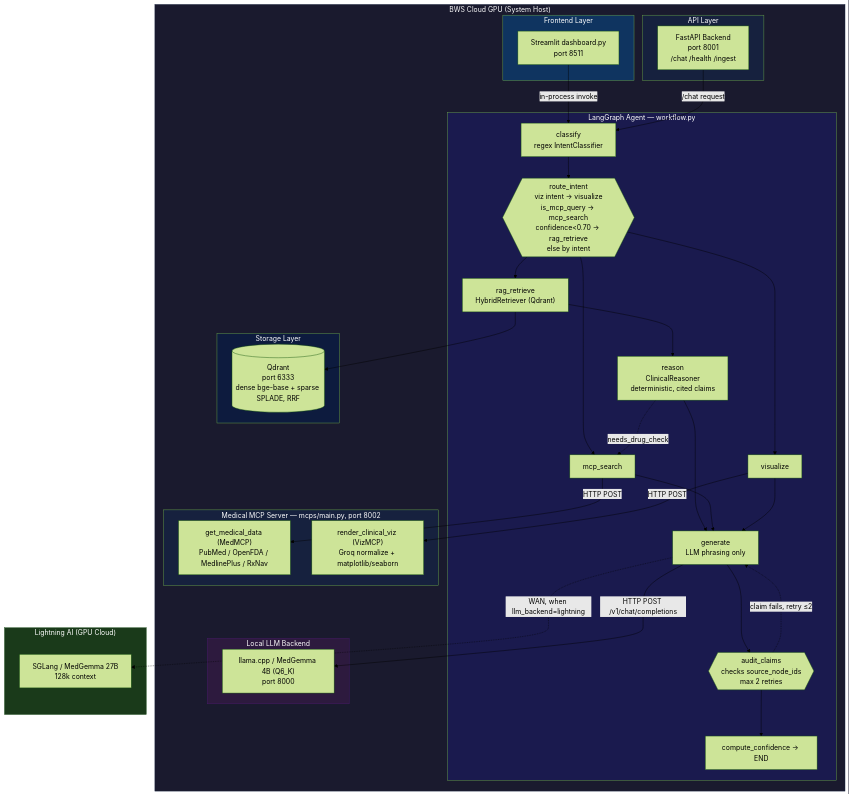
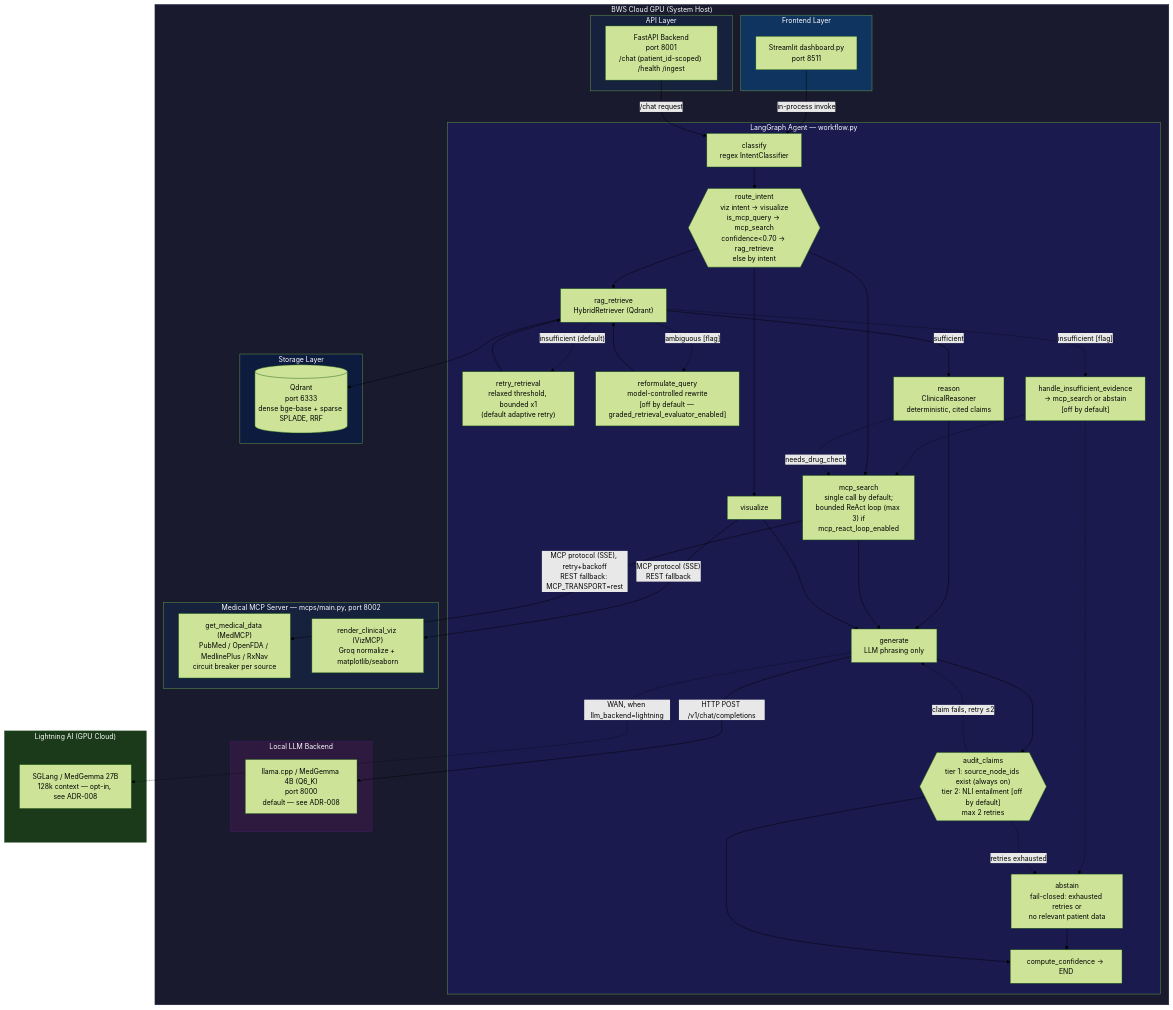
Before and after one commit to Belal0066/CFI-Care: the third of 4 diagrams in ai/README.md, drawn with Mermaid (forest theme). The commit also changed other lines of this file, not shown here.

Commit message:
Bring the front-door README diagrams up to date with this session's redesign
Both Clinical AI System and DOC2FHIR diagrams in ai/README.md still showed
pre-redesign behavior: generic HTTP POST edges into MCP instead of the real
protocol client, no retry/reformulate/abstain nodes, and no bbox-grounding
note on the mapper stage. Updated node/edge labels and the surrounding prose
to match ADR-009 through ADR-015, and fixed two now-false "known gaps"
claims (patient_id threading, MCP retry) that this session's work resolved.

````diff
--- a/ai/README.md
+++ b/ai/README.md
@@ -124,68 +124,79 @@
 ```mermaid
 graph TB
     subgraph BWS["BWS Cloud GPU (System Host)"]
         style BWS fill:#1a1a2e,color:#fff,stroke:#16213e
 
         subgraph UI["Frontend Layer"]
             style UI fill:#0f3460,color:#fff
             DASH["Streamlit dashboard.py<br/>port 8511"]
         end
 
         subgraph API["API Layer"]
             style API fill:#16213e,color:#fff
-            FB["FastAPI Backend<br/>port 8001<br/>/chat /health /ingest"]
+            FB["FastAPI Backend<br/>port 8001<br/>/chat (patient_id-scoped) /health /ingest"]
         end
 
         subgraph Agent["LangGraph Agent — workflow.py"]
             style Agent fill:#1a1a4e,color:#fff
             CLASSIFY["classify<br/>regex IntentClassifier"]
             ROUTE{{"route_intent<br/>viz intent → visualize<br/>is_mcp_query → mcp_search<br/>confidence&lt;0.70 → rag_retrieve<br/>else by intent"}}
             RAG["rag_retrieve<br/>HybridRetriever (Qdrant)"]
+            RETRY["retry_retrieval<br/>relaxed threshold, bounded x1<br/>(default adaptive retry)"]
+            REFORM["reformulate_query<br/>model-controlled rewrite<br/>[off by default — graded_retrieval_evaluator_enabled]"]
+            INSUFF["handle_insufficient_evidence<br/>→ mcp_search or abstain<br/>[off by default]"]
             REASON["reason<br/>ClinicalReasoner<br/>deterministic, cited claims"]
-            MCPCALL["mcp_search"]
+            MCPCALL["mcp_search<br/>single call by default;<br/>bounded ReAct loop (max 3) if<br/>mcp_react_loop_enabled"]
             VIZ["visualize"]
             GEN["generate<br/>LLM phrasing only"]
-            AUDIT{{"audit_claims<br/>checks source_node_ids<br/>max 2 retries"}}
+            AUDIT{{"audit_claims<br/>tier 1: source_node_ids exist (always on)<br/>tier 2: NLI entailment [off by default]<br/>max 2 retries"}}
+            ABSTAIN["abstain<br/>fail-closed: exhausted retries or<br/>no relevant patient data"]
             CONF["compute_confidence → END"]
 
             CLASSIFY --> ROUTE
-            ROUTE --> RAG --> REASON --> GEN
+            ROUTE --> RAG
+            RAG -->|"sufficient"| REASON
+            RAG -.->|"insufficient (default)"| RETRY --> RAG
+            RAG -.->|"ambiguous [flag]"| REFORM --> RAG
+            RAG -.->|"insufficient [flag]"| INSUFF -.-> MCPCALL
+            INSUFF -.-> ABSTAIN
+            REASON --> GEN
             ROUTE --> MCPCALL --> GEN
             ROUTE --> VIZ --> GEN
             REASON -.->|"needs_drug_check"| MCPCALL
             GEN --> AUDIT
             AUDIT -.->|"claim fails, retry ≤2"| GEN
+            AUDIT -.->|"retries exhausted"| ABSTAIN --> CONF
             AUDIT --> CONF
         end
 
         subgraph Storage["Storage Layer"]
             style Storage fill:#0d1b3e,color:#fff
             QD[("Qdrant<br/>port 6333<br/>dense bge-base + sparse SPLADE, RRF")]
         end
 
         subgraph MCPServer["Medical MCP Server — mcps/main.py, port 8002"]
             style MCPServer fill:#16213e,color:#fff
-            MEDMCP["get_medical_data (MedMCP)<br/>PubMed / OpenFDA / MedlinePlus / RxNav"]
+            MEDMCP["get_medical_data (MedMCP)<br/>PubMed / OpenFDA / MedlinePlus / RxNav<br/>circuit breaker per source"]
             VIZMCP["render_clinical_viz (VizMCP)<br/>Groq normalize + matplotlib/seaborn"]
         end
 
         subgraph LocalLLM["Local LLM Backend"]
             style LocalLLM fill:#2d1a3e,color:#fff,stroke:#4a1a6e
-            LOC["llama.cpp / MedGemma 4B (Q6_K)<br/>port 8000"]
+            LOC["llama.cpp / MedGemma 4B (Q6_K)<br/>port 8000<br/>default — see ADR-008"]
         end
 
         DASH -->|"in-process invoke"| CLASSIFY
         FB -->|"/chat request"| CLASSIFY
         RAG --> QD
-        MCPCALL -->|"HTTP POST"| MEDMCP
-        VIZ -->|"HTTP POST"| VIZMCP
+        MCPCALL -->|"MCP protocol (SSE), retry+backoff<br/>REST fallback: MCP_TRANSPORT=rest"| MEDMCP
+        VIZ -->|"MCP protocol (SSE)<br/>REST fallback"| VIZMCP
         GEN -->|"HTTP POST /v1/chat/completions"| LOC
     end
 
     subgraph LAI["Lightning AI (GPU Cloud)"]
         style LAI fill:#1a3a1a,color:#fff,stroke:#2d5a2d
-        LLM["SGLang / MedGemma 27B<br/>128k context"]
+        LLM["SGLang / MedGemma 27B<br/>128k context — opt-in, see ADR-008"]
     end
 
     GEN -.->|"WAN, when llm_backend=lightning"| LLM
 ```
````
